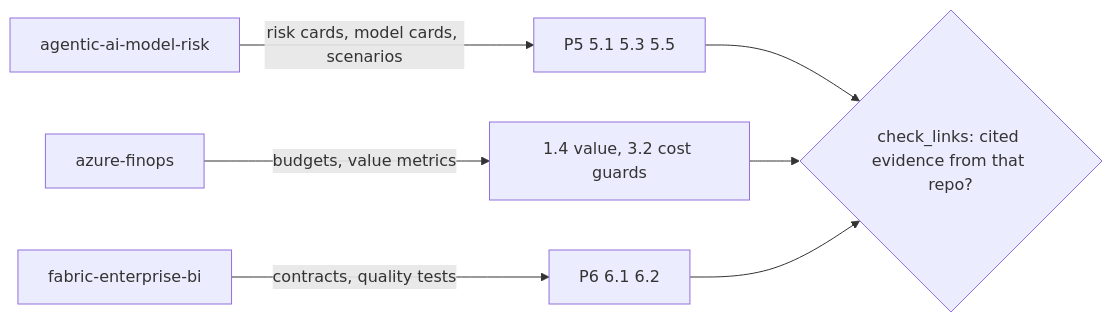
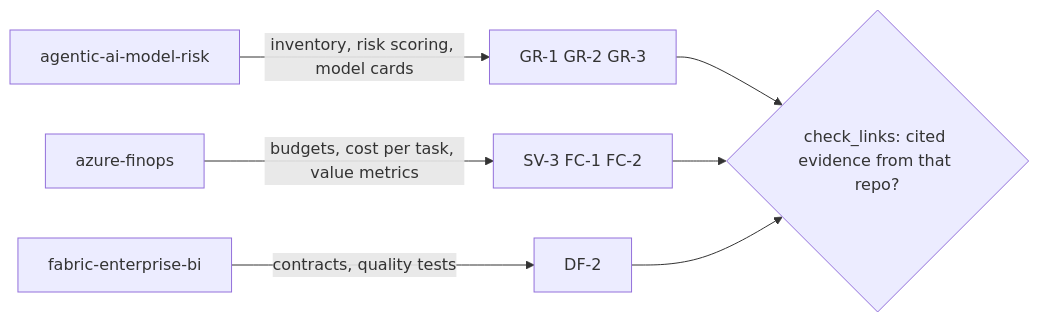
The diagram in docs/components/cross-links.md (jagadishmazure-jpg/Jagadish-ai-maturity-assessment), drawn with Mermaid before and after one commit. The commit also changed other lines of this file and 12 other files, not shown here.

````diff
--- a/docs/components/cross-links.md
+++ b/docs/components/cross-links.md
@@ -15,7 +15,7 @@
 ```mermaid
 flowchart LR
-  MR[agentic-ai-model-risk] -->|risk cards, model cards, scenarios| P5[P5 5.1 5.3 5.5]
-  FO[azure-finops] -->|budgets, value metrics| V[1.4 value, 3.2 cost guards]
-  FB[fabric-enterprise-bi] -->|contracts, quality tests| P6[P6 6.1 6.2]
-  P5 & V & P6 --> CL{check_links: cited evidence from that repo?}
+  MR[agentic-ai-model-risk] -->|inventory, risk scoring, model cards| GR[GR-1 GR-2 GR-3]
+  FO[azure-finops] -->|budgets, cost per task, value metrics| FC[SV-3 FC-1 FC-2]
+  FB[fabric-enterprise-bi] -->|contracts, quality tests| DF[DF-2]
+  GR & FC & DF --> CL{check_links: cited evidence from that repo?}
 ```
````
